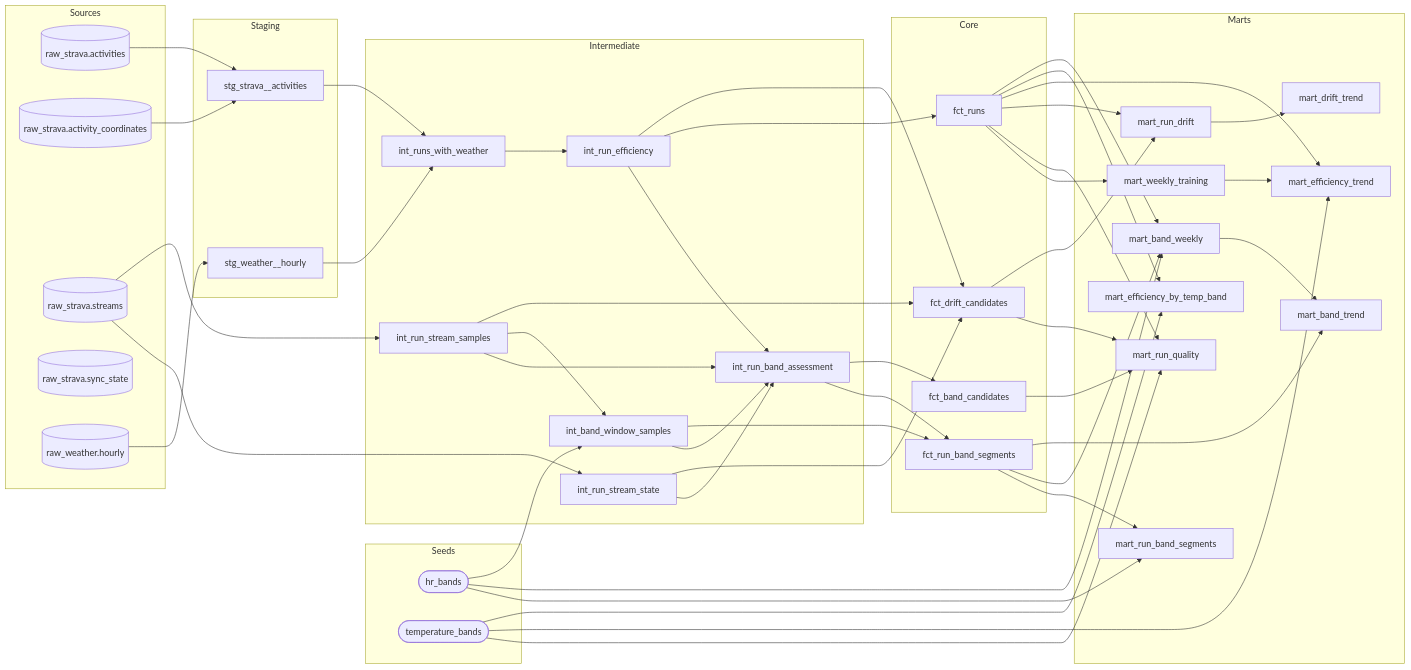
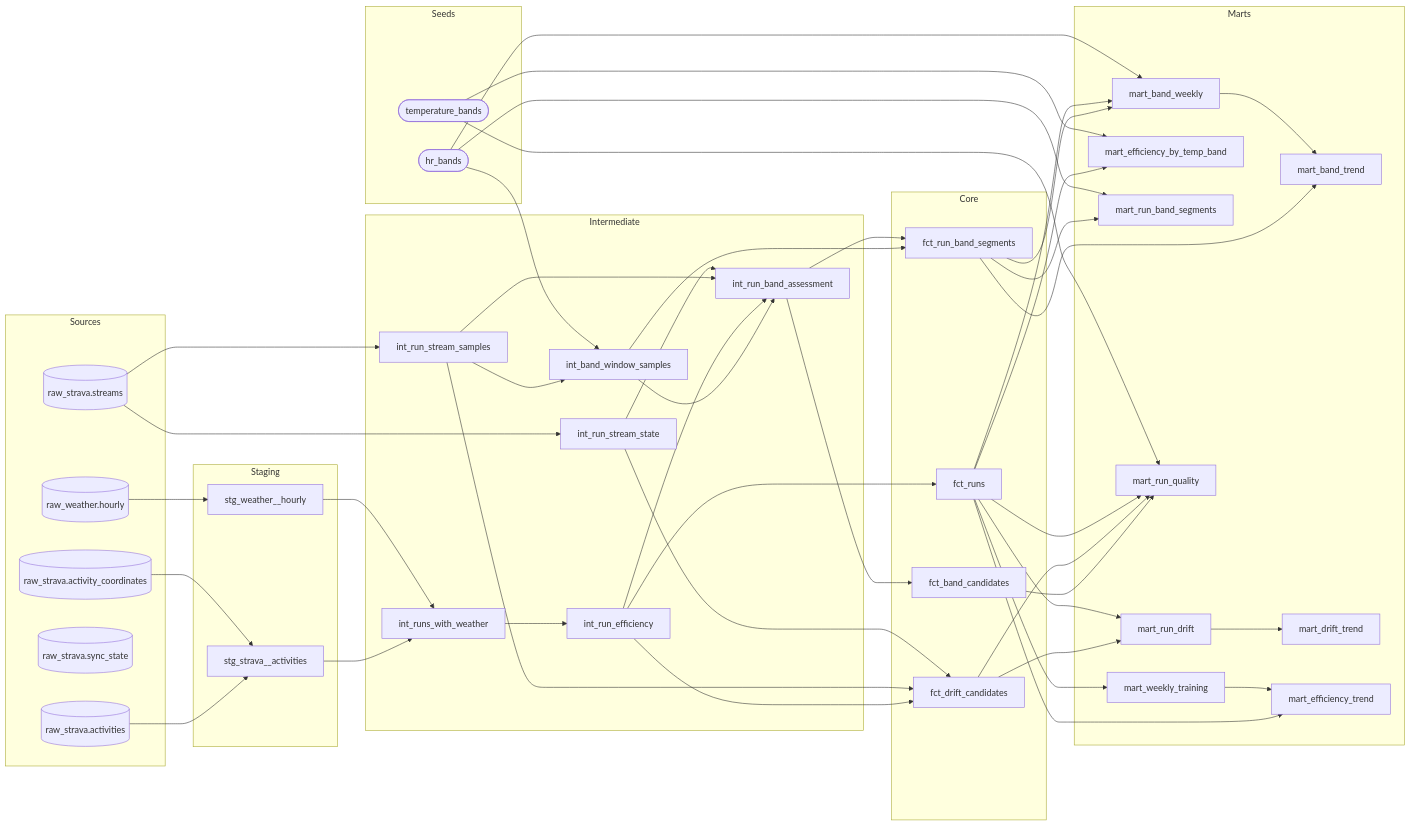
Before and after one commit to mowen18/running-analytics-pipeline: the diagram in README.md, drawn with Mermaid. The commit also changed 4 other files, not shown here.

```diff
--- a/README.md
+++ b/README.md
@@ -289,7 +289,6 @@
     seed_running_analytics_hr_bands --> model_running_analytics_mart_band_weekly
     seed_running_analytics_hr_bands --> model_running_analytics_mart_run_band_segments
     seed_running_analytics_temperature_bands --> model_running_analytics_mart_efficiency_by_temp_band
-    seed_running_analytics_temperature_bands --> model_running_analytics_mart_efficiency_trend
     seed_running_analytics_temperature_bands --> model_running_analytics_mart_run_quality
     source_running_analytics_raw_strava_activities --> model_running_analytics_stg_strava__activities
     source_running_analytics_raw_strava_activity_coordinates --> model_running_analytics_stg_strava__activities
```
